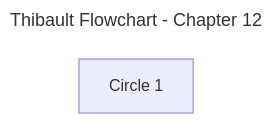
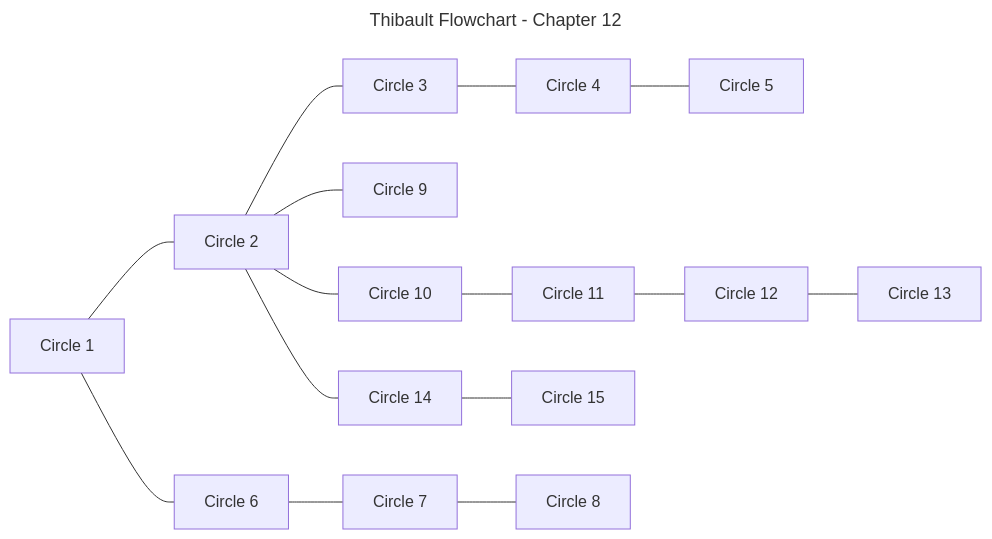
The diagram in flowchart-per-chapter/chapter-12.mmd (aquesnel/thibault-flowchart), drawn with Mermaid before and after one commit.

Commit message:
feat(ch12): initial flowchart of the circles

```diff
--- a/flowchart-per-chapter/chapter-12.mmd
+++ b/flowchart-per-chapter/chapter-12.mmd
@@ -1,10 +1,40 @@
 ---
 title: Thibault Flowchart - Chapter 12
 config:
   layout: dagre
   flowchart:
     htmlLabels: false
 ---
 flowchart LR
 	%% Nodes
 	B1_T12_C01["Circle 1"]
+	B1_T12_C02["Circle 2"]
+	B1_T12_C03["Circle 3"]
+	B1_T12_C04["Circle 4"]
+	B1_T12_C05["Circle 5"]
+	B1_T12_C06["Circle 6"]
+	B1_T12_C07["Circle 7"]
+	B1_T12_C08["Circle 8"]
+	B1_T12_C09["Circle 9"]
+	B1_T12_C10["Circle 10"]
+	B1_T12_C11["Circle 11"]
+	B1_T12_C12["Circle 12"]
+	B1_T12_C13["Circle 13"]
+	B1_T12_C14["Circle 14"]
+	B1_T12_C15["Circle 15"]
+
+    %% Edges
+	B1_T12_C01 --- B1_T12_C02
+	B1_T12_C02 --- B1_T12_C03
+	B1_T12_C03 --- B1_T12_C04
+	B1_T12_C04 --- B1_T12_C05
+	B1_T12_C01 --- B1_T12_C06
+	B1_T12_C06 --- B1_T12_C07
+	B1_T12_C07 --- B1_T12_C08
+	B1_T12_C02 --- B1_T12_C09
+	B1_T12_C02 --- B1_T12_C10
+	B1_T12_C10 --- B1_T12_C11
+	B1_T12_C11 --- B1_T12_C12
+	B1_T12_C12 --- B1_T12_C13
+	B1_T12_C02 --- B1_T12_C14
+	B1_T12_C14 --- B1_T12_C15
```
